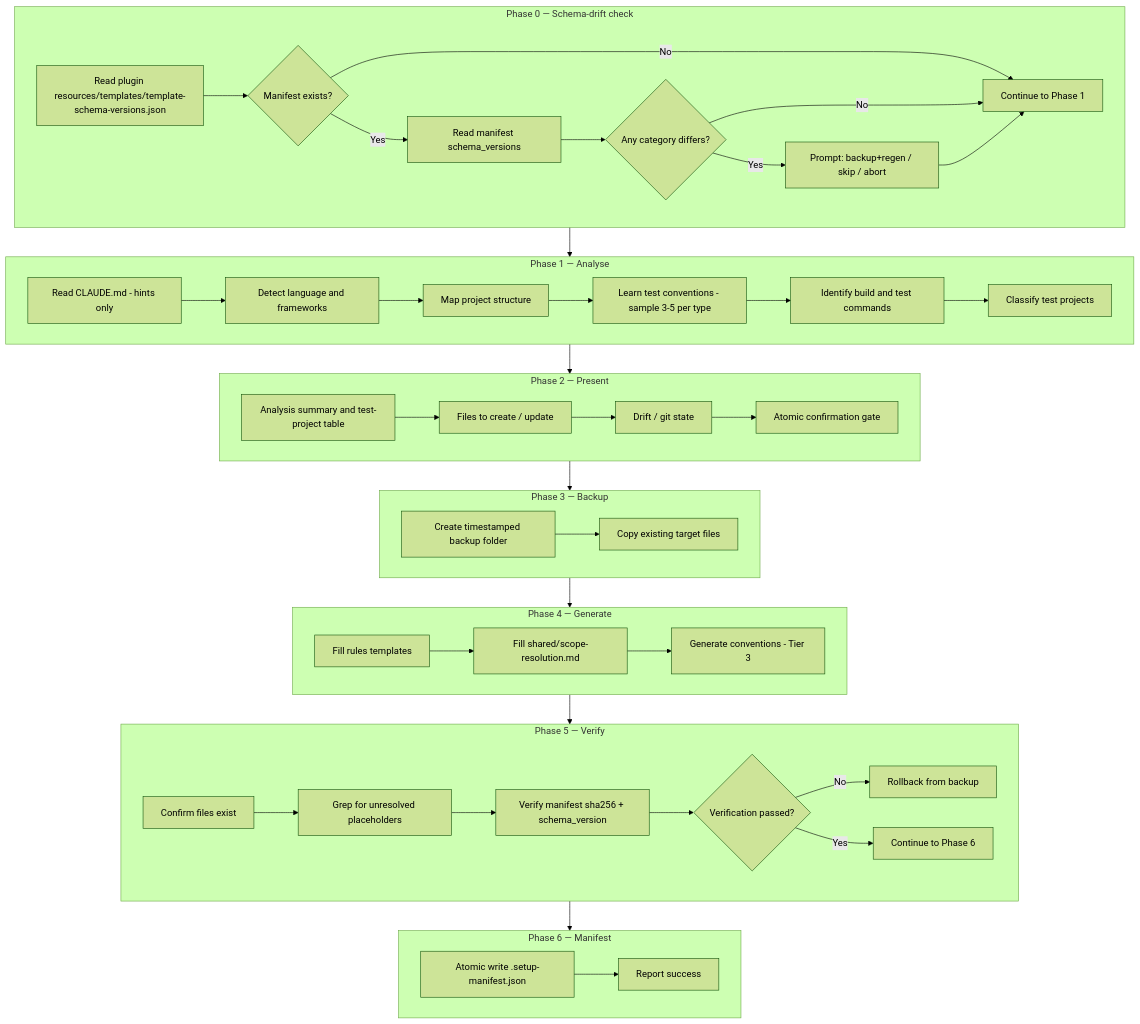
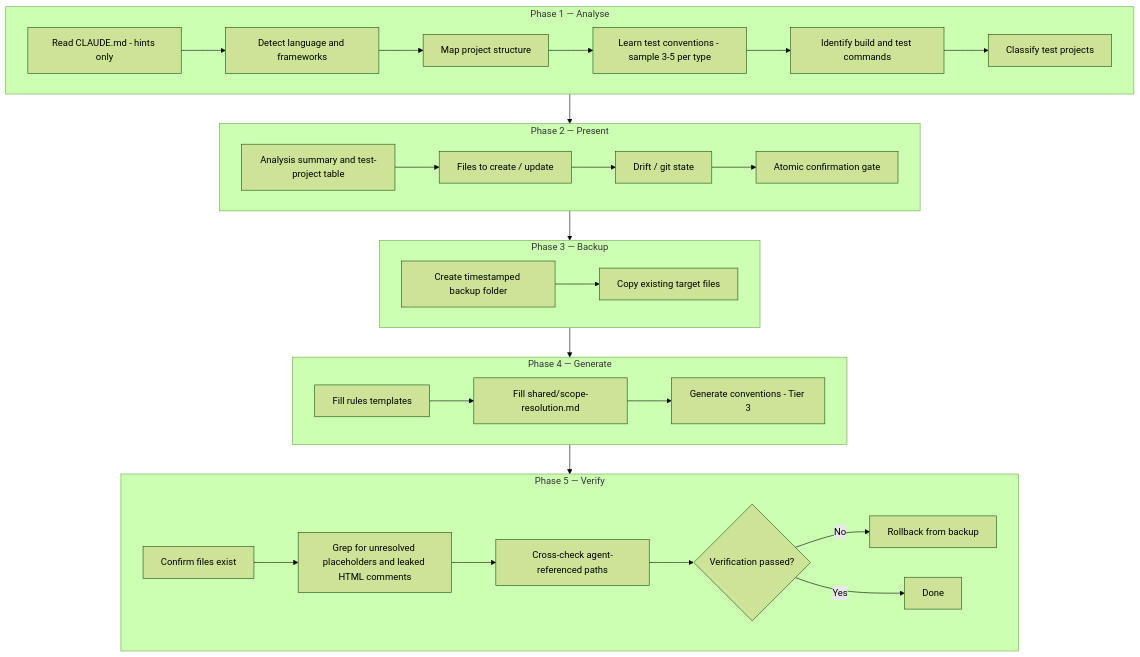
One commit to softwareone-platform/issue-to-pr changed the diagram in plugins/test-authoring/docs/skills/readme-setup-test-context.md. Above: the diagram before and after it, drawn with Mermaid (forest theme). The commit also changed other lines of this file and 38 other files, not shown here.

Commit message:
drop uninstall, manifest and schema versioning

````diff
--- a/plugins/test-authoring/docs/skills/readme-setup-test-context.md
+++ b/plugins/test-authoring/docs/skills/readme-setup-test-context.md
@@ -47,67 +45,47 @@
 ```mermaid
 flowchart TB
-    subgraph P0["Phase 0 — Schema-drift check"]
-        direction LR
-        S1[Read plugin resources/templates/template-schema-versions.json]
-        S2{Manifest exists?}
-        S3[Read manifest schema_versions]
-        S4{Any category differs?}
-        S5[Prompt: backup+regen / skip / abort]
-        S6[Continue to Phase 1]
-        S1 --> S2
-        S2 -- No --> S6
-        S2 -- Yes --> S3 --> S4
-        S4 -- No --> S6
-        S4 -- Yes --> S5 --> S6
-    end
     subgraph P1["Phase 1 — Analyse"]
         direction LR
         A1[Read CLAUDE.md - hints only]
         A2[Detect language and frameworks]
         A3[Map project structure]
         A4[Learn test conventions - sample 3-5 per type]
         A5[Identify build and test commands]
         A6[Classify test projects]
         A1 --> A2 --> A3 --> A4 --> A5 --> A6
     end
     subgraph P2["Phase 2 — Present"]
         direction LR
         B1[Analysis summary and test-project table]
         B2[Files to create / update]
         B3[Drift / git state]
         B4[Atomic confirmation gate]
         B1 --> B2 --> B3 --> B4
     end
     subgraph P3["Phase 3 — Backup"]
         direction LR
         C1[Create timestamped backup folder]
         C2[Copy existing target files]
         C1 --> C2
     end
     subgraph P4["Phase 4 — Generate"]
         direction LR
         D1[Fill rules templates]
         D2[Fill shared/scope-resolution.md]
         D3[Generate conventions - Tier 3]
         D1 --> D2 --> D3
     end
     subgraph P5["Phase 5 — Verify"]
         direction LR
         E1[Confirm files exist]
-        E2[Grep for unresolved placeholders]
-        E3[Verify manifest sha256 + schema_version]
+        E2[Grep for unresolved placeholders and leaked HTML comments]
+        E3[Cross-check agent-referenced paths]
         E4{Verification passed?}
         E5[Rollback from backup]
-        E6[Continue to Phase 6]
+        E6[Done]
         E1 --> E2 --> E3 --> E4
         E4 -- No --> E5
         E4 -- Yes --> E6
     end
-    subgraph P6["Phase 6 — Manifest"]
-        direction LR
-        F1[Atomic write .setup-manifest.json]
-        F2[Report success]
-        F1 --> F2
-    end
-    P0 --> P1 --> P2 --> P3 --> P4 --> P5 --> P6
+    P1 --> P2 --> P3 --> P4 --> P5
 ```
````
